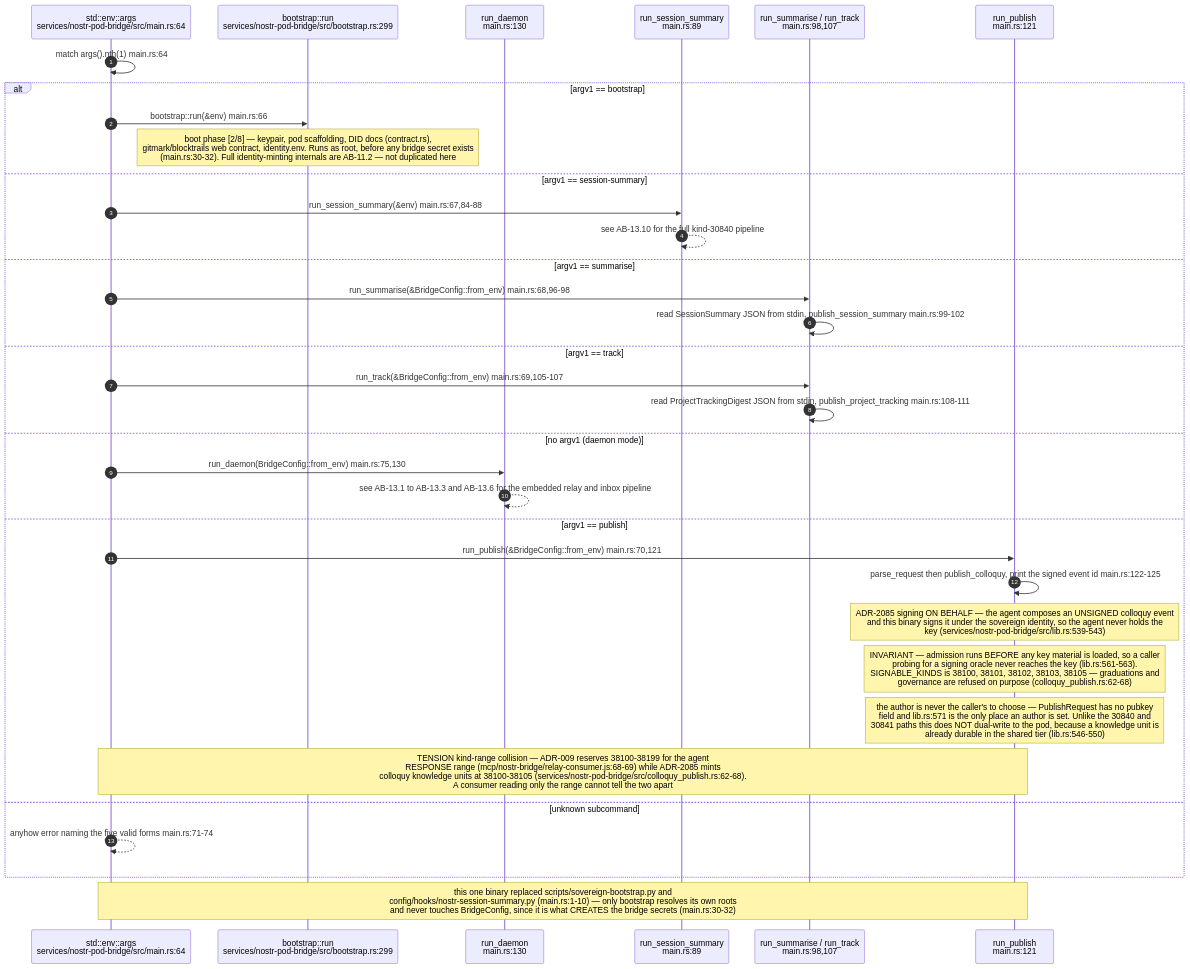
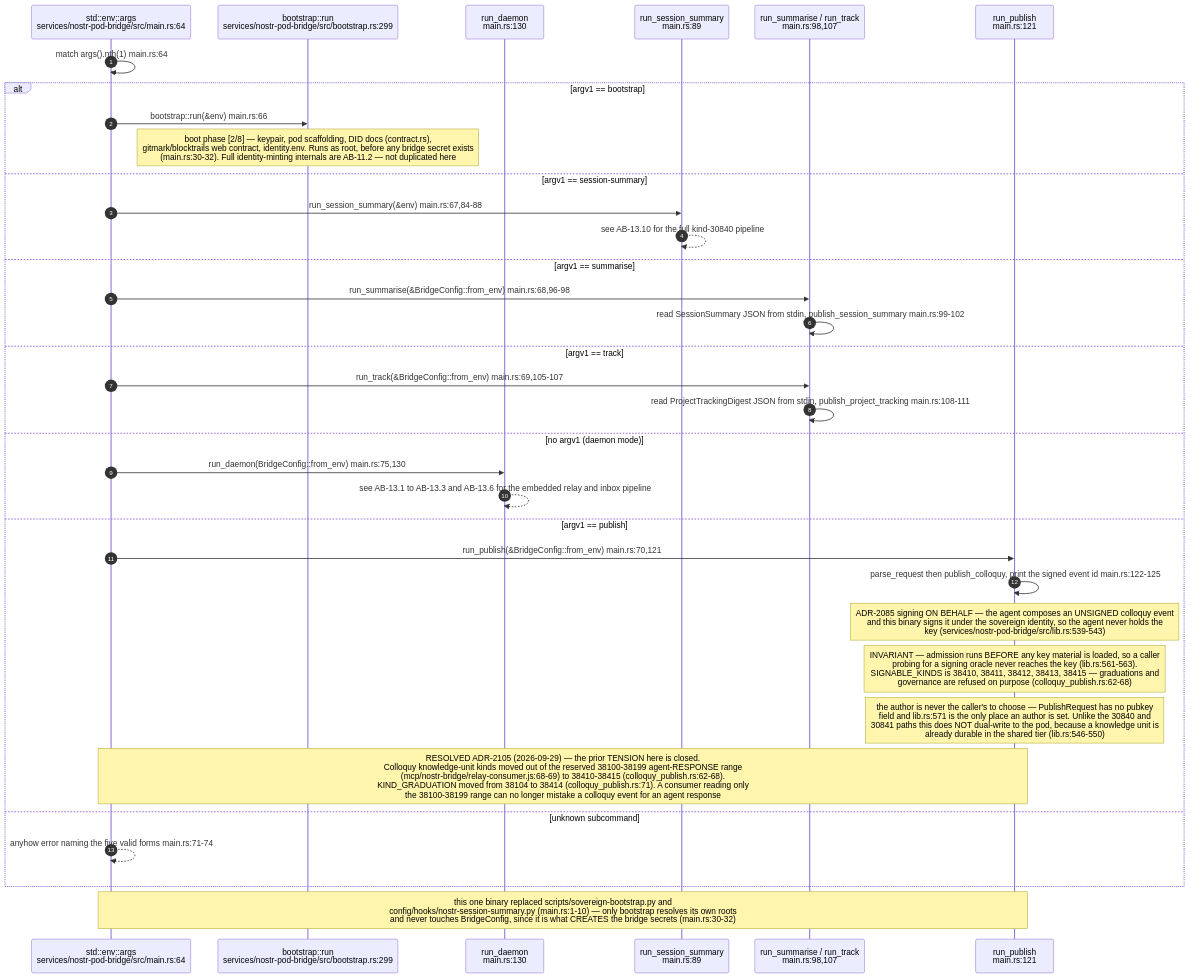
One commit to DreamLab-AI/VisionFlow changed diagram 16 of 16 in docs/diagrams/agentbox/13-nostr-relay-gateway-bridge-mirror.md. Above: the diagram before and after it, drawn with Mermaid. The commit also changed other lines of this file and 136 other files, not shown here.

First line of the commit message:
docs(diagrams): refresh the whole corpus to code HEAD and prune low-value diagrams

````diff
--- a/docs/diagrams/agentbox/13-nostr-relay-gateway-bridge-mirror.md
+++ b/docs/diagrams/agentbox/13-nostr-relay-gateway-bridge-mirror.md
@@ -639,38 +649,38 @@
 ```mermaid
 sequenceDiagram
     autonumber
     participant ARGV as std::env::args<br/>services/nostr-pod-bridge/src/main.rs:64
     participant BOOT as bootstrap::run<br/>services/nostr-pod-bridge/src/bootstrap.rs:299
     participant DAEMON as run_daemon<br/>main.rs:130
     participant SESS as run_session_summary<br/>main.rs:89
     participant SUM as run_summarise / run_track<br/>main.rs:98,107
     participant PUBC as run_publish<br/>main.rs:121
 
     ARGV->>ARGV: match args().nth(1) main.rs:64
     alt argv1 == bootstrap
         ARGV->>BOOT: bootstrap::run(&env) main.rs:66
 Note over BOOT: boot phase [2/8] — keypair, pod scaffolding, DID docs (contract.rs),<br/>gitmark/blocktrails web contract, identity.env. Runs as root, before any bridge secret exists<br/>(main.rs:30-32). Full identity-minting internals are AB-11.2 — not duplicated here
     else argv1 == session-summary
         ARGV->>SESS: run_session_summary(&env) main.rs:67,84-88
         SESS-->>SESS: see AB-13.10 for the full kind-30840 pipeline
     else argv1 == summarise
         ARGV->>SUM: run_summarise(&BridgeConfig::from_env) main.rs:68,96-98
         SUM->>SUM: read SessionSummary JSON from stdin, publish_session_summary main.rs:99-102
     else argv1 == track
         ARGV->>SUM: run_track(&BridgeConfig::from_env) main.rs:69,105-107
         SUM->>SUM: read ProjectTrackingDigest JSON from stdin, publish_project_tracking main.rs:108-111
     else no argv1 (daemon mode)
         ARGV->>DAEMON: run_daemon(BridgeConfig::from_env) main.rs:75,130
         DAEMON-->>DAEMON: see AB-13.1 to AB-13.3 and AB-13.6 for the embedded relay and inbox pipeline
     else argv1 == publish
         ARGV->>PUBC: run_publish(&BridgeConfig::from_env) main.rs:70,121
         PUBC->>PUBC: parse_request then publish_colloquy, print the signed event id main.rs:122-125
         Note over PUBC: ADR-2085 signing ON BEHALF — the agent composes an UNSIGNED colloquy event<br/>and this binary signs it under the sovereign identity, so the agent never holds the<br/>key (services/nostr-pod-bridge/src/lib.rs:539-543)
-        Note over PUBC: INVARIANT — admission runs BEFORE any key material is loaded, so a caller<br/>probing for a signing oracle never reaches the key (lib.rs:561-563).<br/>SIGNABLE_KINDS is 38100, 38101, 38102, 38103, 38105 — graduations and<br/>governance are refused on purpose (colloquy_publish.rs:62-68)
+        Note over PUBC: INVARIANT — admission runs BEFORE any key material is loaded, so a caller<br/>probing for a signing oracle never reaches the key (lib.rs:561-563).<br/>SIGNABLE_KINDS is 38410, 38411, 38412, 38413, 38415 — graduations and<br/>governance are refused on purpose (colloquy_publish.rs:62-68)
         Note over PUBC: the author is never the caller's to choose — PublishRequest has no pubkey<br/>field and lib.rs:571 is the only place an author is set. Unlike the 30840 and<br/>30841 paths this does NOT dual-write to the pod, because a knowledge unit is<br/>already durable in the shared tier (lib.rs:546-550)
-        Note over PUBC,ARGV: TENSION kind-range collision — ADR-009 reserves 38100-38199 for the agent<br/>RESPONSE range (mcp/nostr-bridge/relay-consumer.js:68-69) while ADR-2085 mints<br/>colloquy knowledge units at 38100-38105 (services/nostr-pod-bridge/src/colloquy_publish.rs:62-68).<br/>A consumer reading only the range cannot tell the two apart
+        Note over PUBC,ARGV: RESOLVED ADR-2105 (2026-09-29) — the prior TENSION here is closed.<br/>Colloquy knowledge-unit kinds moved out of the reserved 38100-38199 agent-RESPONSE range<br/>(mcp/nostr-bridge/relay-consumer.js:68-69) to 38410-38415 (colloquy_publish.rs:62-68).<br/>KIND_GRADUATION moved from 38104 to 38414 (colloquy_publish.rs:71). A consumer reading only<br/>the 38100-38199 range can no longer mistake a colloquy event for an agent response
     else unknown subcommand
         ARGV-->>ARGV: anyhow error naming the five valid forms main.rs:71-74
     end
 Note over ARGV,PUBC: this one binary replaced scripts/sovereign-bootstrap.py and<br/>config/hooks/nostr-session-summary.py (main.rs:1-10) — only bootstrap resolves its own roots<br/>and never touches BridgeConfig, since it is what CREATES the bridge secrets (main.rs:30-32)
 ```
````
